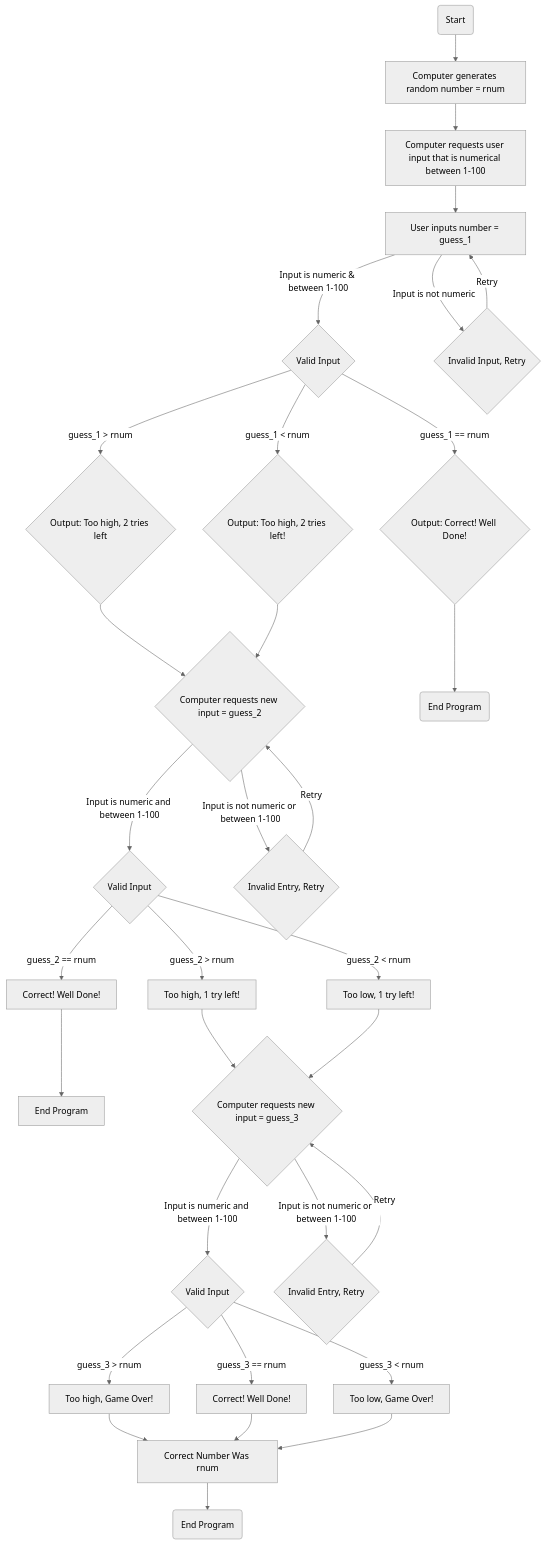
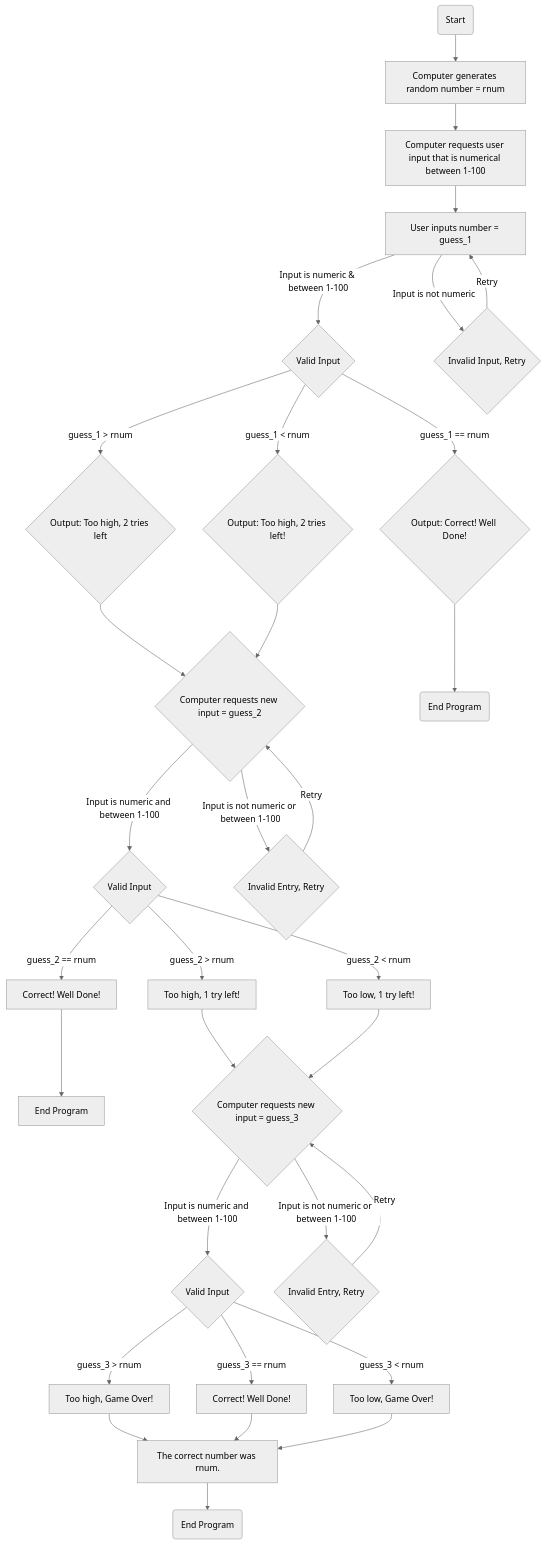
Before and after one commit to lizmendler/Numeran_Game: the diagram in Guessing.md, drawn with Mermaid (neutral theme).

````diff
--- a/Guessing.md
+++ b/Guessing.md
@@ -3,35 +3,35 @@
 ```mermaid
 
 flowchart TD
 
     A("Start") --> B["Computer generates random number = rnum"]
     B --> C["Computer requests user input that is numerical between 1-100"]
     C --> D["User inputs number = guess_1"]
     D -- Input is numeric & between 1-100 --> E{"Valid Input"}
     D -- Input is not numeric --> F{"Invalid Input, Retry"}
     F -- Retry --> D
     E -- guess_1 > rnum --> G{"Output: Too high, 2 tries left"}
     E -- guess_1 == rnum --> H{"Output: Correct! Well Done!"}
     E -- guess_1 < rnum --> I{"Output: Too high, 2 tries left!"}
     G --> K{"Computer requests new input = guess_2"}
     I --> K
     K -- Input is numeric and between 1-100 --> L{"Valid Input"}
     K -- Input is not numeric or between 1-100 --> M{"Invalid Entry, Retry"}
     M -- Retry --> K
     H --> J("End Program")
     L -- guess_2 > rnum --> N["Too high, 1 try left!"]
     L -- guess_2 == rnum --> O["Correct! Well Done!"]
     L -- guess_2 < rnum --> P["Too low, 1 try left!"]
     O --> Q["End Program"]
     N --> R{"Computer requests new input = guess_3"}
     P --> R
     R -- Input is numeric and between 1-100 --> S{"Valid Input"}
     R -- Input is not numeric or between 1-100 --> T{"Invalid Entry, Retry"}
     T -- Retry --> R
     S -- guess_3 > rnum --> U["Too high, Game Over!"]
     S -- guess_3 == rnum --> V["Correct! Well Done!"]
     S -- guess_3 < rnum --> W["Too low, Game Over!"]
-    U & V & W --> X["Correct Number Was rnum"]
+    U & V & W --> X["The correct number was rnum."]
     X --> Y("End Program")
 
 ```
````
